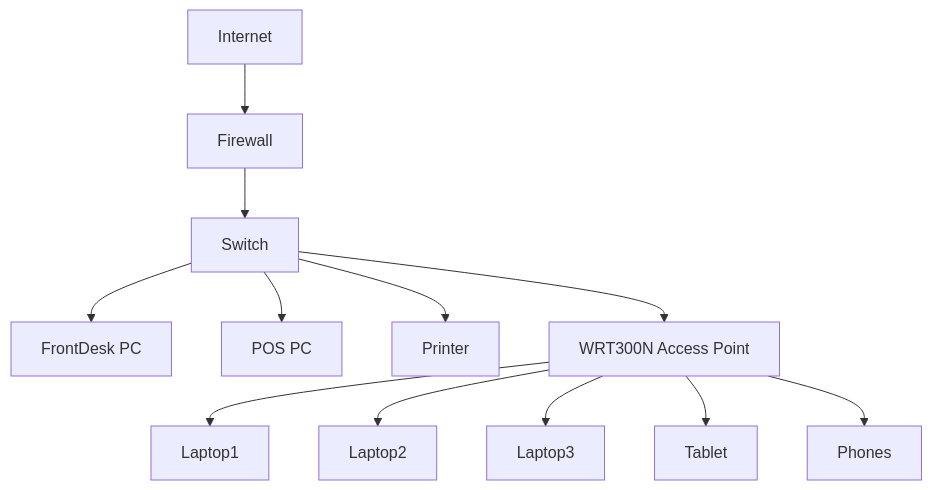
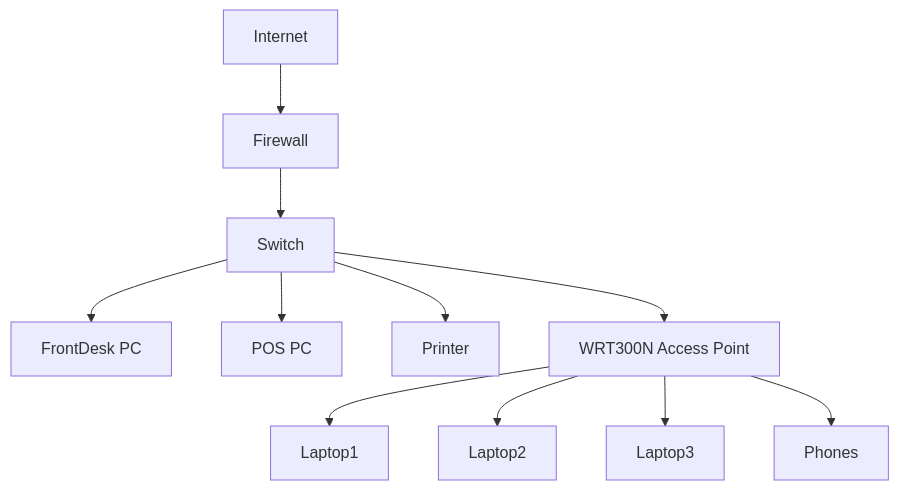
Before and after one commit to liangtravis510/aquatic-facility-network-simulation: the diagram in README.md, drawn with Mermaid.

Commit message:
Remove Tablet from connected devices list
Removed Tablet from the list of devices connected to the AP.

````diff
--- a/README.md
+++ b/README.md
@@ -24,14 +24,13 @@
 ```mermaid
 graph TD
     Internet --> Firewall
     Firewall --> Switch
     Switch --> PC1[FrontDesk PC]
     Switch --> PC2[POS PC]
     Switch --> Printer
     Switch --> AP[WRT300N Access Point]
     AP --> Laptop1
     AP --> Laptop2
     AP --> Laptop3
-    AP --> Tablet
     AP --> Phones
 ```
````
